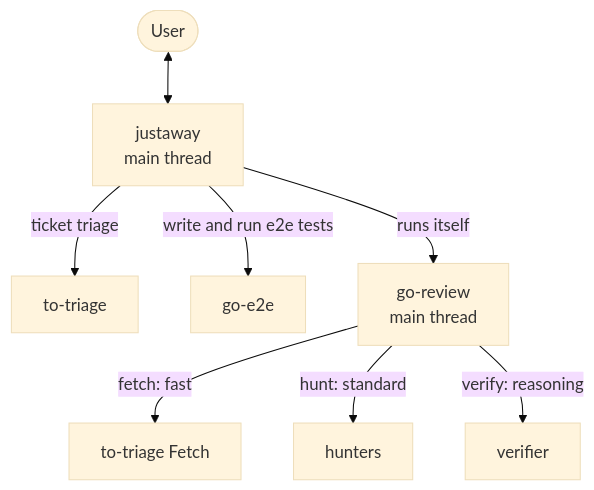
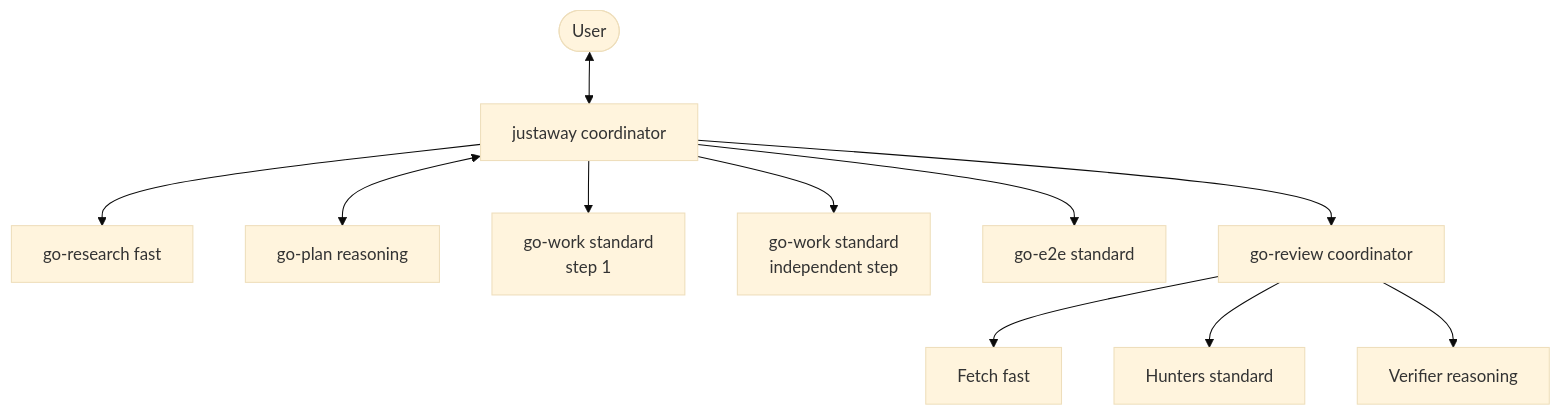
One commit to le0u0/just-do-it changed the diagram in docs/architecture/ARCHITECTURE.md. Above: the diagram before and after it, drawn with Mermaid (base theme). The commit also changed other lines of this file and 40 other files, not shown here.

````diff
--- a/docs/architecture/ARCHITECTURE.md
+++ b/docs/architecture/ARCHITECTURE.md
@@ -13,10 +7,13 @@
 ```mermaid
 flowchart TD
-    U([User]) <--> M[justaway<br/>main thread]
-    M -->|ticket triage| H[to-triage]
-    M -->|write and run e2e tests| E[go-e2e]
-    M -->|runs itself| R[go-review<br/>main thread]
-    R -->|fetch: fast| H2[to-triage Fetch]
-    R -->|hunt: standard| HU[hunters]
-    R -->|verify: reasoning| V[verifier]
+    U([User]) <--> M[justaway coordinator]
+    M --> R[go-research fast]
+    M <--> P[go-plan reasoning]
+    M --> S1[go-work standard<br/>step 1]
+    M --> S2[go-work standard<br/>independent step]
+    M --> E[go-e2e standard]
+    M --> C[go-review coordinator]
+    C --> F[Fetch fast]
+    C --> H[Hunters standard]
+    C --> V[Verifier reasoning]
 ```
````
